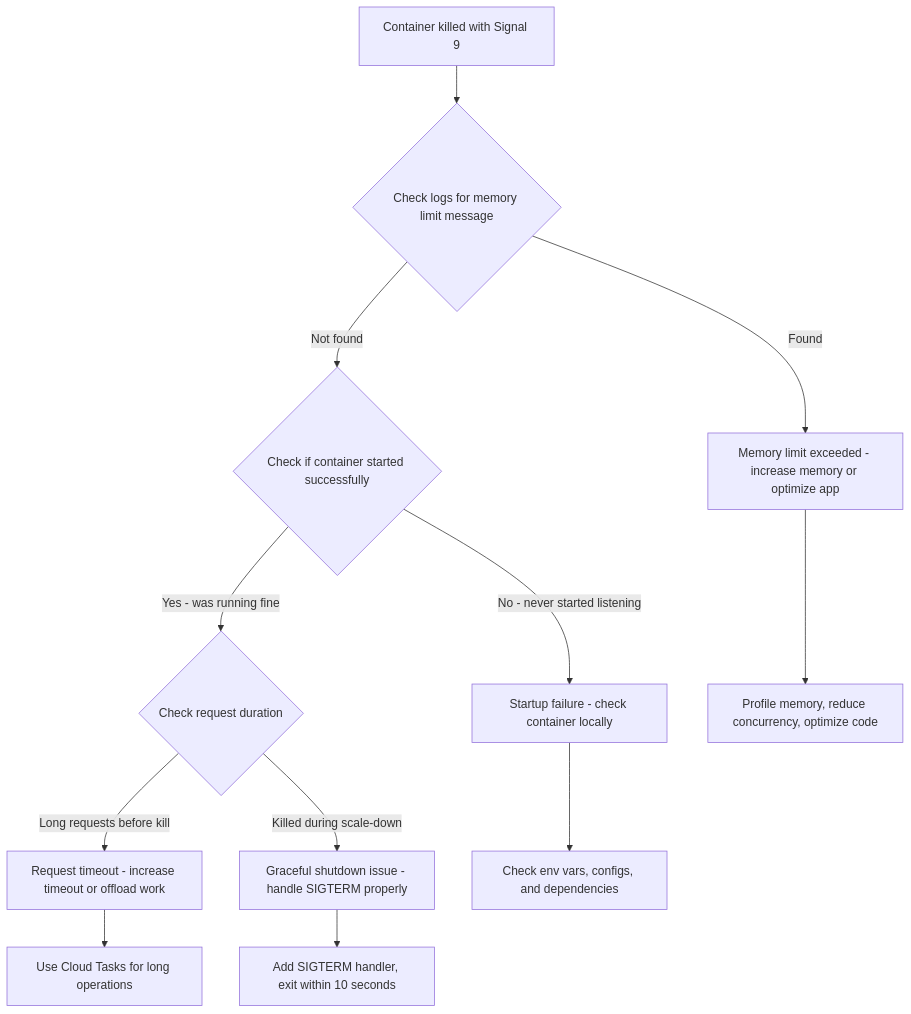
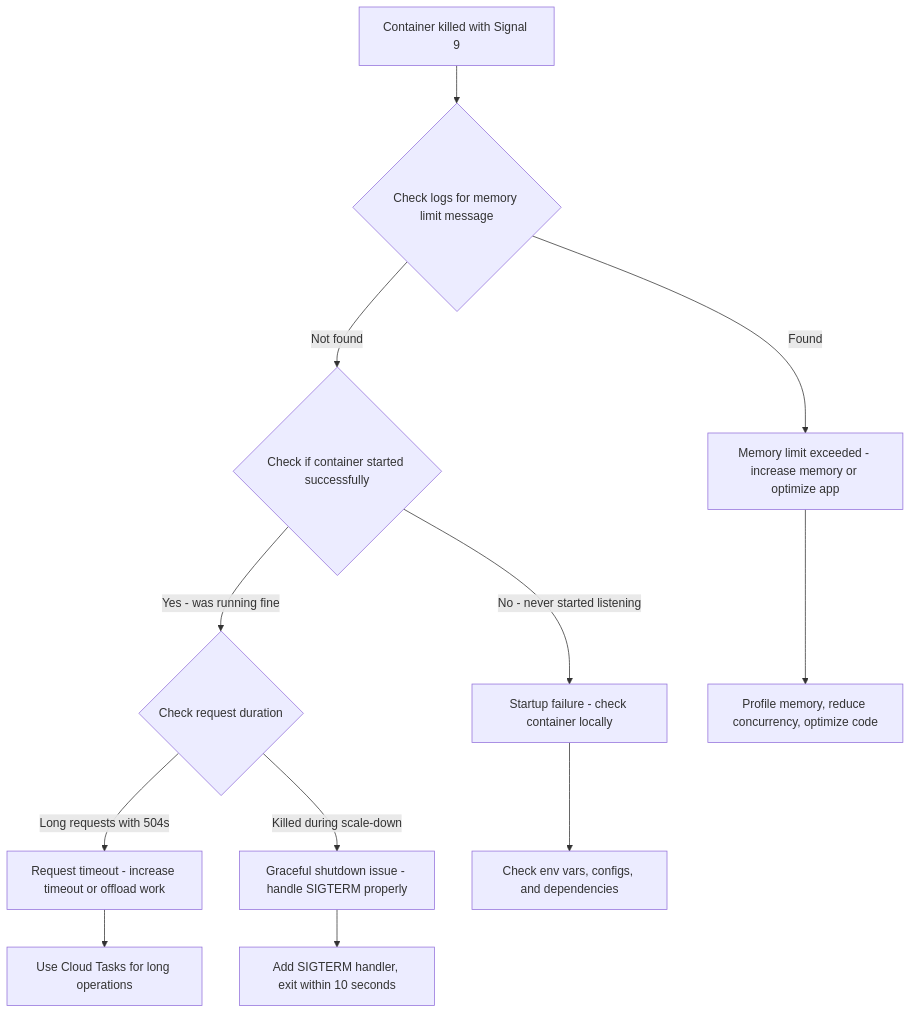
The diagram in posts/2026-02-17-how-to-troubleshoot-cloud-run-container-exiting-with-signal-9-sigkill/README.md (OneUptime/blog), drawn with Mermaid before and after one commit. The commit also changed other lines of this file and 2 other files, not shown here.

````diff
--- a/posts/2026-02-17-how-to-troubleshoot-cloud-run-container-exiting-with-signal-9-sigkill/README.md
+++ b/posts/2026-02-17-how-to-troubleshoot-cloud-run-container-exiting-with-signal-9-sigkill/README.md
@@ -202,14 +203,14 @@
 ```mermaid
 flowchart TD
     A[Container killed with Signal 9] --> B{Check logs for memory limit message}
     B -->|Found| C[Memory limit exceeded - increase memory or optimize app]
     B -->|Not found| D{Check if container started successfully}
     D -->|No - never started listening| E[Startup failure - check container locally]
     D -->|Yes - was running fine| F{Check request duration}
-    F -->|Long requests before kill| G[Request timeout - increase timeout or offload work]
+    F -->|Long requests with 504s| G[Request timeout - increase timeout or offload work]
     F -->|Killed during scale-down| H[Graceful shutdown issue - handle SIGTERM properly]
     E --> I[Check env vars, configs, and dependencies]
     C --> J[Profile memory, reduce concurrency, optimize code]
     G --> K[Use Cloud Tasks for long operations]
     H --> L[Add SIGTERM handler, exit within 10 seconds]
 ```
````
